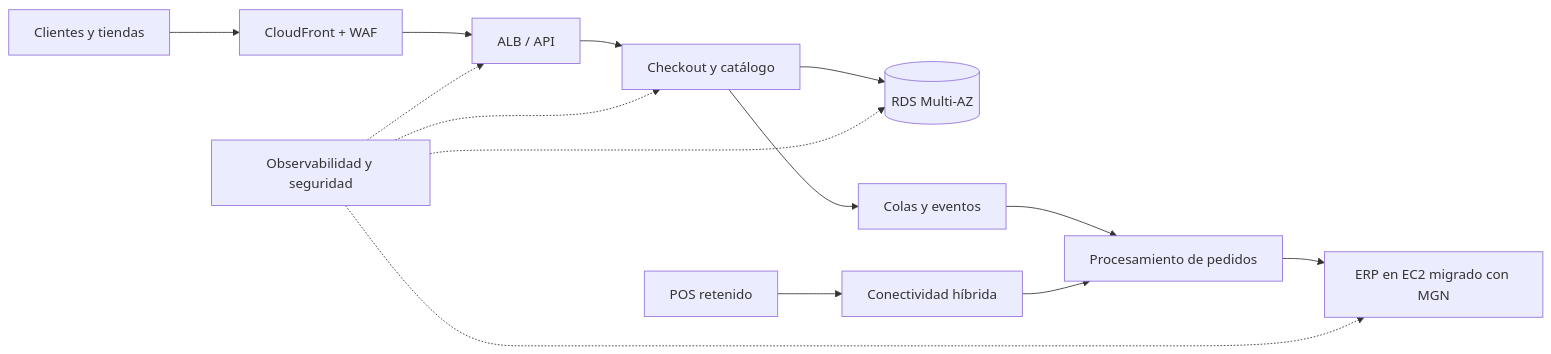
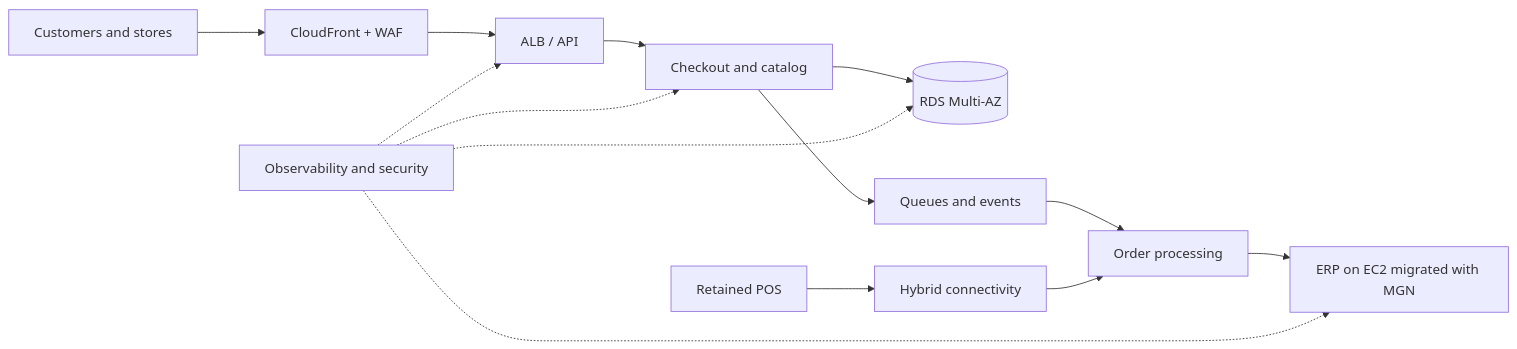
Before and after one commit to McAv4l0s/aws-retail-migration-7rs: the diagram in README.md, drawn with Mermaid. The commit also changed other lines of this file, not shown here.

````diff
--- a/README.md
+++ b/README.md
@@ -47,16 +47,16 @@
 ```mermaid
 flowchart LR
-    U[Clientes y tiendas] --> E[CloudFront + WAF]
+    U[Customers and stores] --> E[CloudFront + WAF]
     E --> A[ALB / API]
-    A --> C[Checkout y catálogo]
+    A --> C[Checkout and catalog]
     C --> DB[(RDS Multi-AZ)]
-    C --> Q[Colas y eventos]
-    Q --> F[Procesamiento de pedidos]
-    F --> ERP[ERP en EC2 migrado con MGN]
-    POS[POS retenido] --> DX[Conectividad híbrida]
+    C --> Q[Queues and events]
+    Q --> F[Order processing]
+    F --> ERP[ERP on EC2 migrated with MGN]
+    POS[Retained POS] --> DX[Hybrid connectivity]
     DX --> F
-    O[Observabilidad y seguridad] -.-> A
+    O[Observability and security] -.-> A
     O -.-> C
     O -.-> DB
     O -.-> ERP
 ```
````
